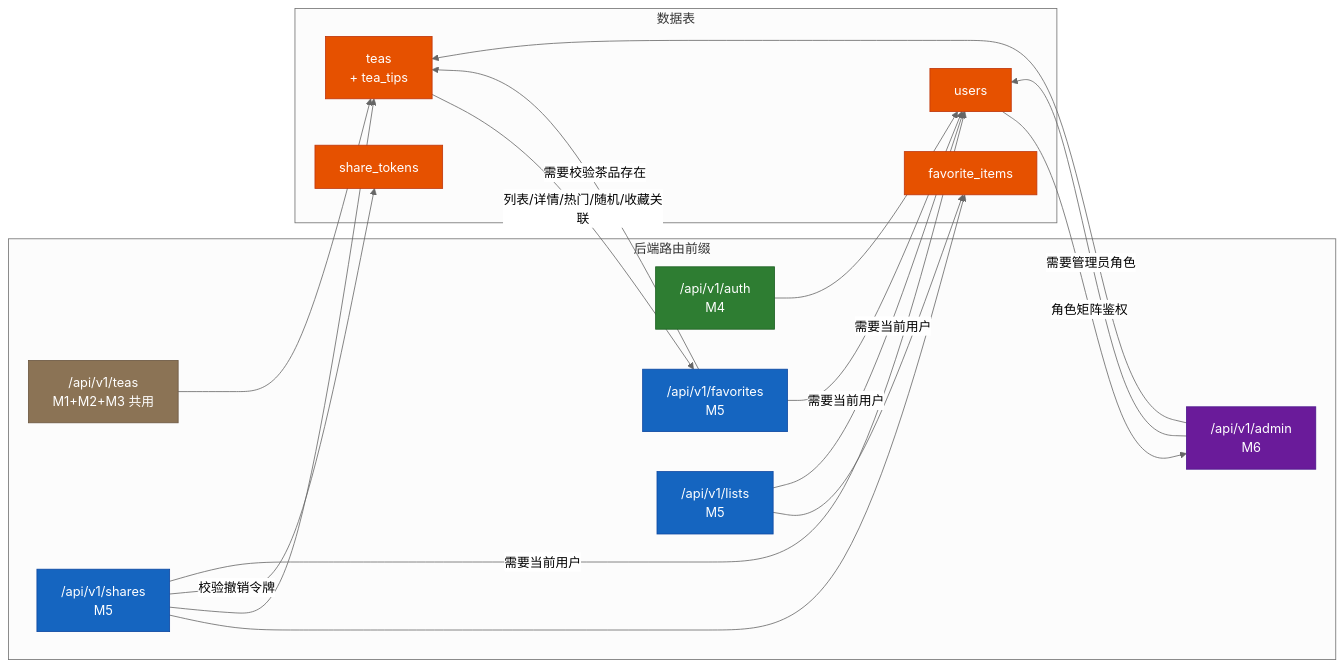
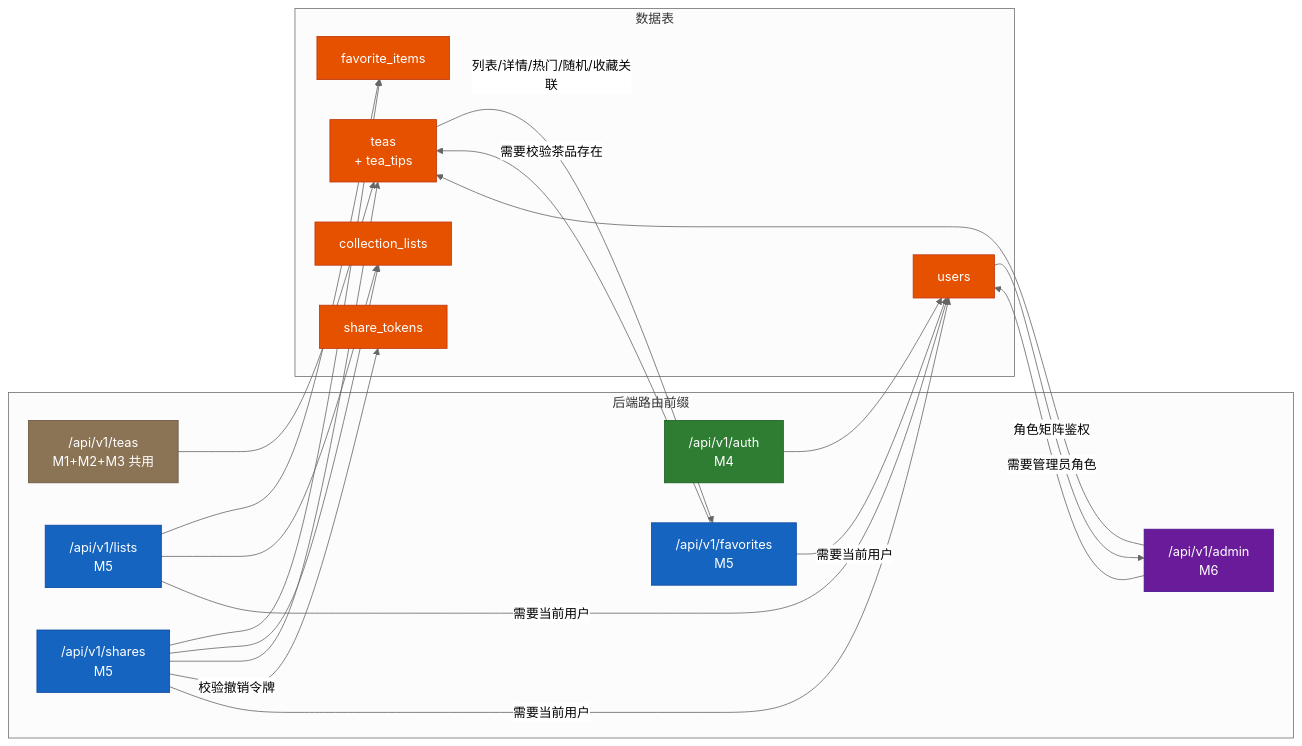
One commit to 123456899963/111 changed the first of 2 diagrams in docs/architecture/MODULE_DESIGN.md. Above: the diagram before and after it, drawn with Mermaid (neutral theme). The commit also changed other lines of this file and 10 other files, not shown here.

````diff
--- a/docs/architecture/MODULE_DESIGN.md
+++ b/docs/architecture/MODULE_DESIGN.md
@@ -29,50 +29,54 @@
 ```mermaid
 graph LR
     subgraph 后端路由前缀
         TEAS["/api/v1/teas<br/>M1+M2+M3 共用"]
         AUTH["/api/v1/auth<br/>M4"]
         FAV["/api/v1/favorites<br/>M5"]
         LSTS["/api/v1/lists<br/>M5"]
         SHARE["/api/v1/shares<br/>M5"]
         ADMIN["/api/v1/admin<br/>M6"]
     end
 
     subgraph 数据表
         TEA["teas<br/>+ tea_tips"]
         USER["users"]
         FAVT["favorite_items"]
+        LISTT["collection_lists"]
         SHART["share_tokens"]
     end
 
     %% 首页/列表/详情 都依赖 teas 表
     TEAS --> TEA
 
     %% 模块间依赖（后端 Service 层表现为 import）
     FAV -->|需要校验茶品存在| TEA
     FAV -->|需要当前用户| USER
     LSTS --> FAVT
+    LSTS --> LISTT
     LSTS -->|需要当前用户| USER
     SHARE --> FAVT
+    SHARE --> LISTT
     SHARE --> TEA
     SHARE -->|校验撤销令牌| SHART
     SHARE -->|需要当前用户| USER
     ADMIN --> TEA
     ADMIN -->|需要管理员角色| USER
     AUTH --> USER
 
     %% 叶子节点（被多方复用）
     USER -->|角色矩阵鉴权| ADMIN
     TEA -->|列表/详情/热门/随机/收藏关联| FAV
 
     %% 无循环依赖（auth 是唯一独立模块）
     style TEAS fill:#8B7355,stroke:#6B5740,color:#fff
     style AUTH fill:#2E7D32,stroke:#1B5E20,color:#fff
     style FAV fill:#1565C0,stroke:#0D47A1,color:#fff
     style LSTS fill:#1565C0,stroke:#0D47A1,color:#fff
     style SHARE fill:#1565C0,stroke:#0D47A1,color:#fff
     style ADMIN fill:#6A1B9A,stroke:#4A148C,color:#fff
     style TEA fill:#E65100,stroke:#BF360C,color:#fff
     style USER fill:#E65100,stroke:#BF360C,color:#fff
     style FAVT fill:#E65100,stroke:#BF360C,color:#fff
+    style LISTT fill:#E65100,stroke:#BF360C,color:#fff
     style SHART fill:#E65100,stroke:#BF360C,color:#fff
 ```
````
